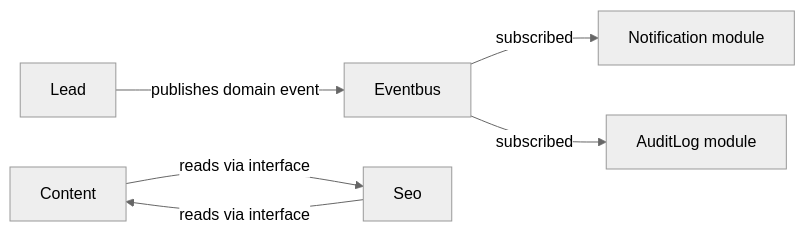
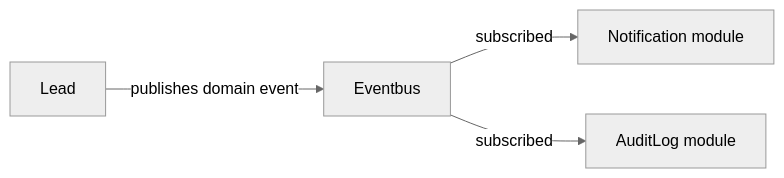
One commit to ariestop/zaborprofil changed the diagram in docs/06-module-architecture.md. Above: the diagram before and after it, drawn with Mermaid (neutral theme). The commit also changed other lines of this file and 2 other files, not shown here.

First line of the commit message:
test(architecture): проверка зависимостей между модулями

````diff
--- a/docs/06-module-architecture.md
+++ b/docs/06-module-architecture.md
@@ -71,8 +72,6 @@
 ```mermaid
 flowchart LR
     Lead -->|publishes domain event| Eventbus
     Eventbus -->|subscribed| Notifier[Notification module]
     Eventbus -->|subscribed| Audit[AuditLog module]
-    Content -->|reads via interface| Seo
-    Seo -->|reads via interface| Content
 ```
````
